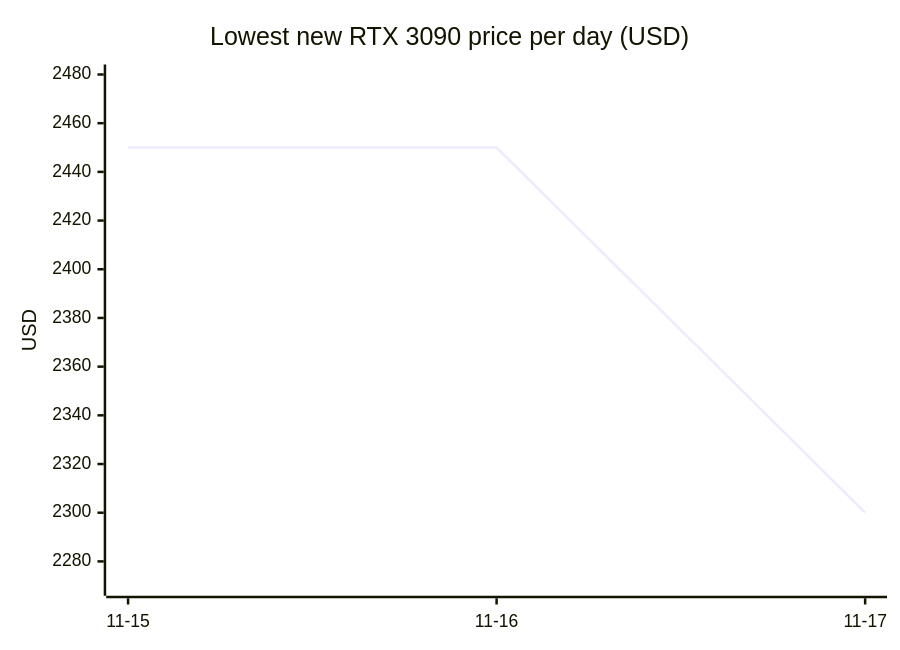
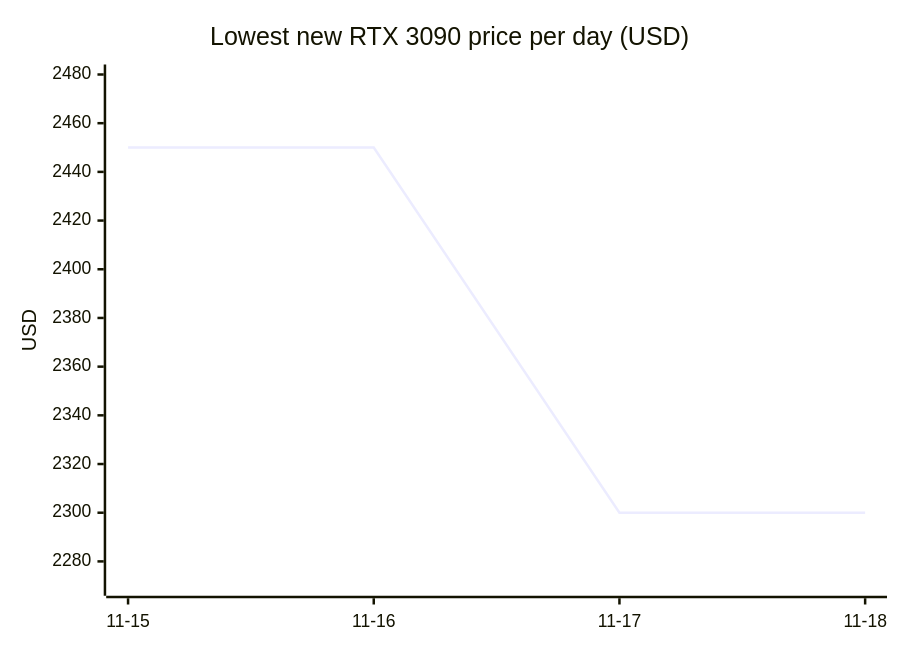
Before and after one commit to 7324136828/4tb_ssd_price_watch: the ninth of 18 diagrams in README.md, drawn with Mermaid. The commit also changed other lines of this file, not shown here.

````diff
--- a/README.md
+++ b/README.md
@@ -451,7 +491,7 @@
 ```mermaid
 xychart-beta
     title "Lowest new RTX 3090 price per day (USD)"
-    x-axis ["11-15", "11-16", "11-17"]
+    x-axis ["11-15", "11-16", "11-17", "11-18"]
     y-axis "USD" 2270 --> 2480
-    line [2450.00, 2450.00, 2300.00]
+    line [2450.00, 2450.00, 2300.00, 2300.00]
 ```
````
